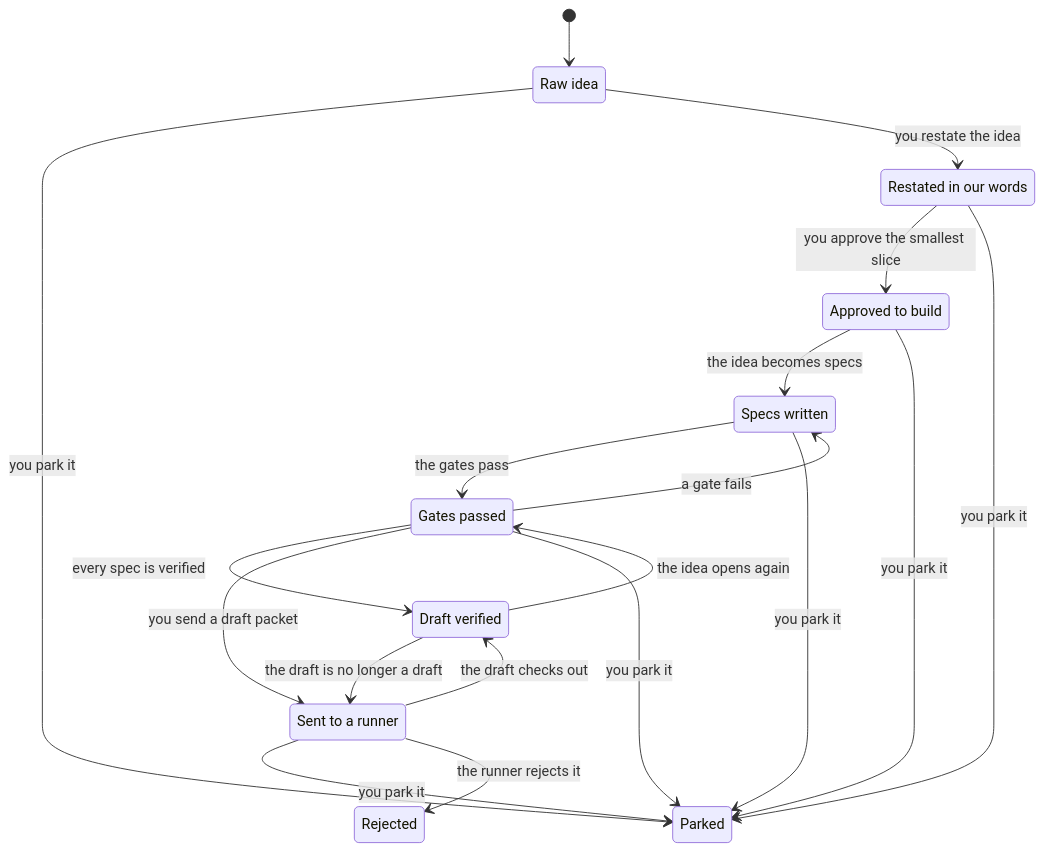
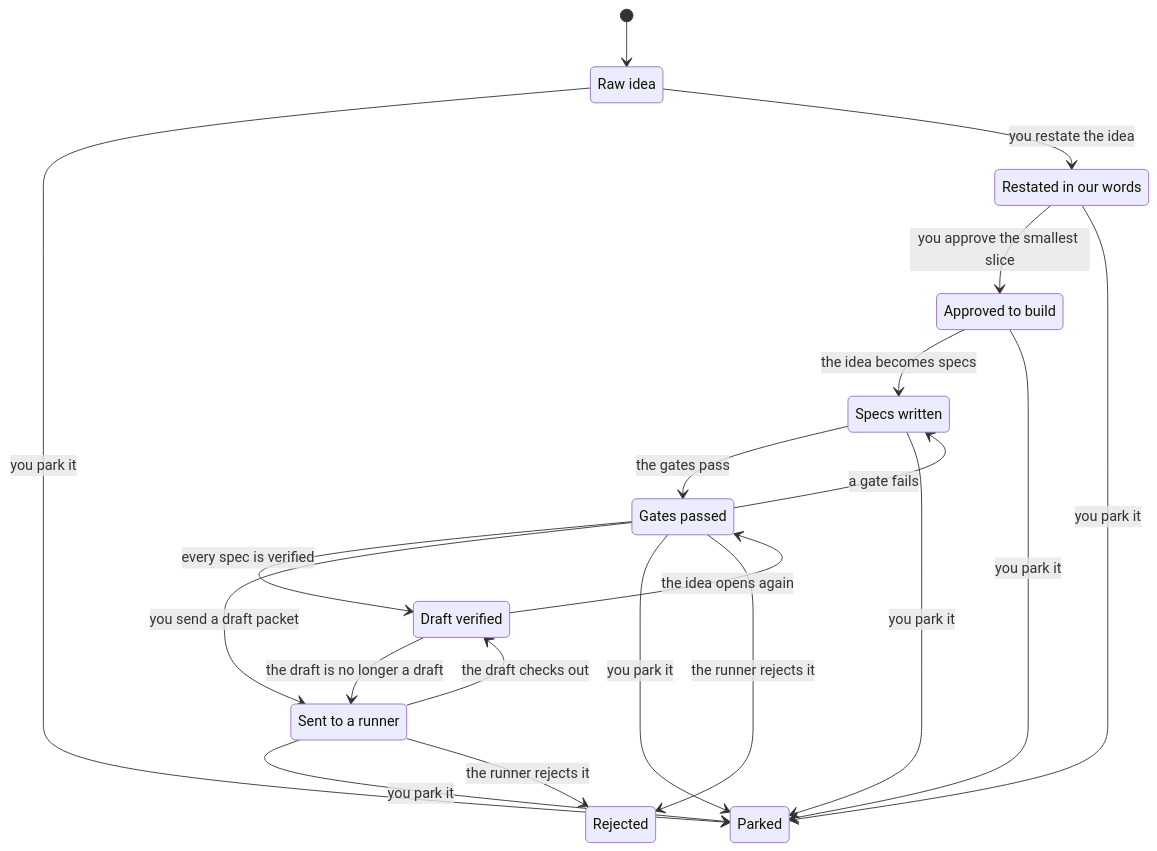
Before and after one commit to BoydVC/idea-foundry: the diagram in model/statechart.mmd, drawn with Mermaid. The commit also changed 23 other files, not shown here.

```diff
--- a/model/statechart.mmd
+++ b/model/statechart.mmd
@@ -1,28 +1,29 @@
 stateDiagram-v2
   [*] --> raw
   state "Raw idea" as raw
   state "Restated in our words" as restated
   state "Approved to build" as approved
   state "Specs written" as specced
   state "Gates passed" as gated
   state "Sent to a runner" as dispatched
   state "Draft verified" as verified
   state "Rejected" as rejected
   state "Parked" as parked
   approved --> specced: the idea becomes specs
   approved --> parked: you park it
   dispatched --> parked: you park it
   dispatched --> rejected: the runner rejects it
   dispatched --> verified: the draft checks out
   gated --> verified: every spec is verified
   gated --> dispatched: you send a draft packet
   gated --> specced: a gate fails
   gated --> parked: you park it
+  gated --> rejected: the runner rejects it
   raw --> parked: you park it
   raw --> restated: you restate the idea
   restated --> approved: you approve the smallest slice
   restated --> parked: you park it
   specced --> gated: the gates pass
   specced --> parked: you park it
   verified --> gated: the idea opens again
   verified --> dispatched: the draft is no longer a draft
```
